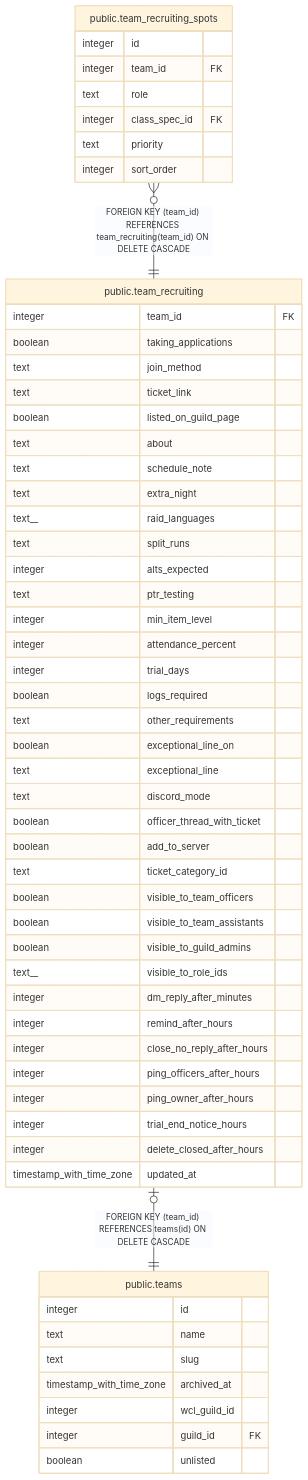
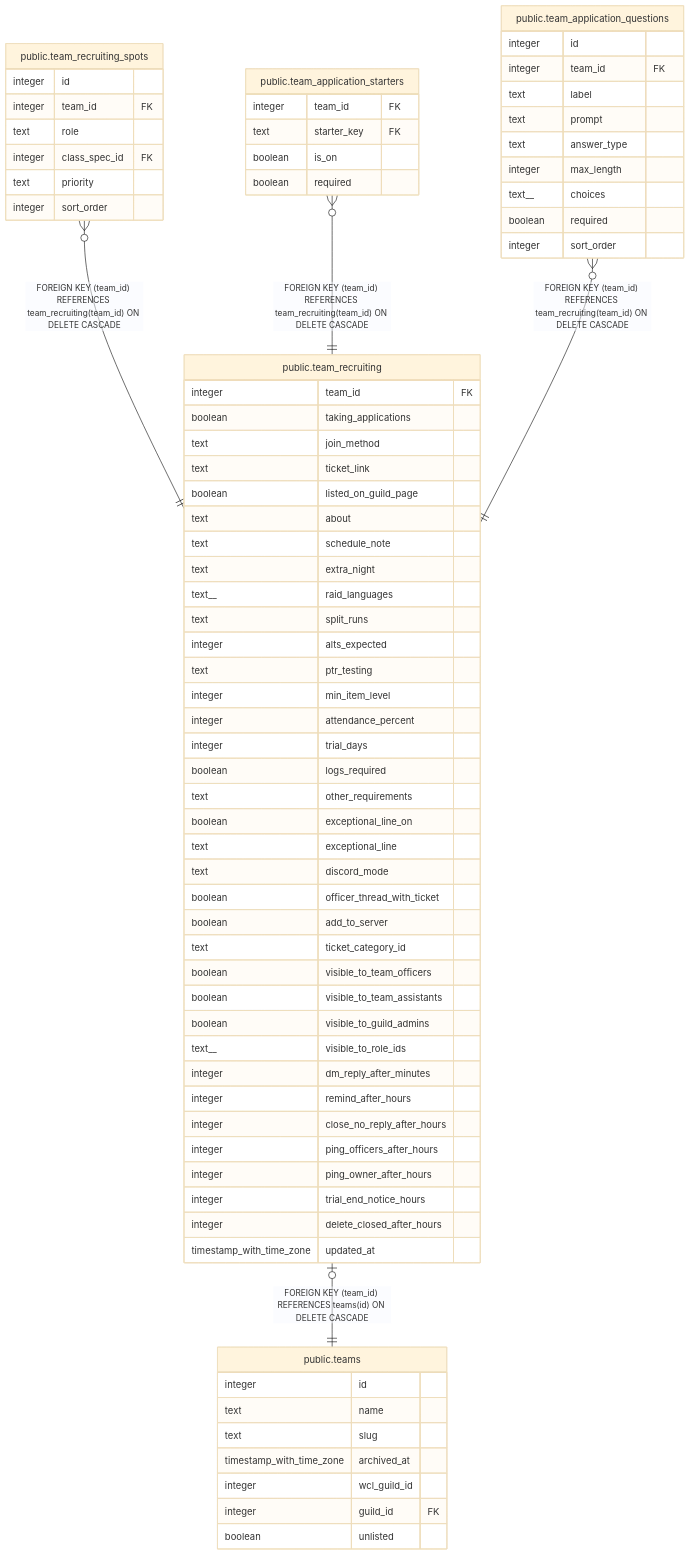
The diagram in dbdoc/public.team_recruiting.md (katogaming88/WGA-Raid-Hub), drawn with Mermaid (base theme) before and after one commit. The commit also changed other lines of this file and 29 other files, not shown here.

Commit message:
#1536: application questions: starter set every team switches on, off or requires, plus its own; private picture bucket

````diff
--- a/dbdoc/public.team_recruiting.md
+++ b/dbdoc/public.team_recruiting.md
@@ -91,61 +91,80 @@
 ```mermaid
 erDiagram
 
 "public.team_recruiting" |o--|| "public.teams" : "FOREIGN KEY (team_id) REFERENCES teams(id) ON DELETE CASCADE"
 "public.team_recruiting_spots" }o--|| "public.team_recruiting" : "FOREIGN KEY (team_id) REFERENCES team_recruiting(team_id) ON DELETE CASCADE"
+"public.team_application_starters" }o--|| "public.team_recruiting" : "FOREIGN KEY (team_id) REFERENCES team_recruiting(team_id) ON DELETE CASCADE"
+"public.team_application_questions" }o--|| "public.team_recruiting" : "FOREIGN KEY (team_id) REFERENCES team_recruiting(team_id) ON DELETE CASCADE"
 
 "public.team_recruiting" {
   integer team_id FK
   boolean taking_applications
   text join_method
   text ticket_link
   boolean listed_on_guild_page
   text about
   text schedule_note
   text extra_night
   text__ raid_languages
   text split_runs
   integer alts_expected
   text ptr_testing
   integer min_item_level
   integer attendance_percent
   integer trial_days
   boolean logs_required
   text other_requirements
   boolean exceptional_line_on
   text exceptional_line
   text discord_mode
   boolean officer_thread_with_ticket
   boolean add_to_server
   text ticket_category_id
   boolean visible_to_team_officers
   boolean visible_to_team_assistants
   boolean visible_to_guild_admins
   text__ visible_to_role_ids
   integer dm_reply_after_minutes
   integer remind_after_hours
   integer close_no_reply_after_hours
   integer ping_officers_after_hours
   integer ping_owner_after_hours
   integer trial_end_notice_hours
   integer delete_closed_after_hours
   timestamp_with_time_zone updated_at
 }
 "public.teams" {
   integer id
   text name
   text slug
   timestamp_with_time_zone archived_at
   integer wcl_guild_id
   integer guild_id FK
   boolean unlisted
 }
 "public.team_recruiting_spots" {
   integer id
   integer team_id FK
   text role
   integer class_spec_id FK
   text priority
   integer sort_order
 }
+"public.team_application_starters" {
+  integer team_id FK
+  text starter_key FK
+  boolean is_on
+  boolean required
+}
+"public.team_application_questions" {
+  integer id
+  integer team_id FK
+  text label
+  text prompt
+  text answer_type
+  integer max_length
+  text__ choices
+  boolean required
+  integer sort_order
+}
 ```
````
